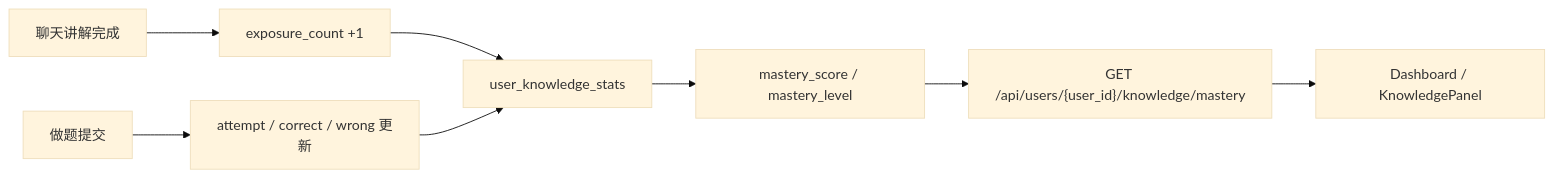
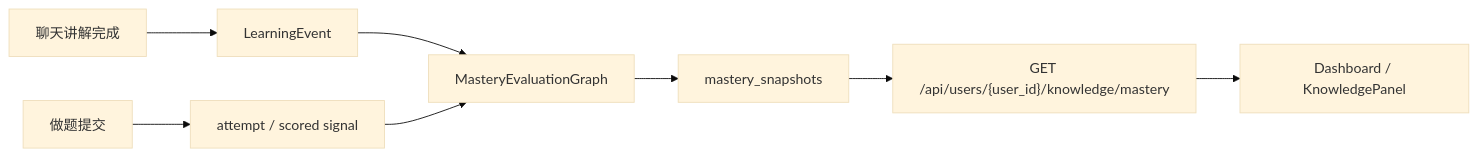
The fifth of 7 diagrams in docs/feature-flows.md (Xiaomuw/Learning-assistant), drawn with Mermaid (base theme) before and after one commit. The commit also changed other lines of this file and 94 other files, not shown here.

Commit message:
feat: sync graph practice auth and weapp updates

````diff
--- a/docs/feature-flows.md
+++ b/docs/feature-flows.md
@@ -111,10 +113,10 @@
 ```mermaid
 flowchart LR
-    A["聊天讲解完成"] --> B["exposure_count +1"]
-    C["做题提交"] --> D["attempt / correct / wrong 更新"]
-    B --> E["user_knowledge_stats"]
+    A["聊天讲解完成"] --> B["LearningEvent"]
+    C["做题提交"] --> D["attempt / scored signal"]
+    B --> E["MasteryEvaluationGraph"]
     D --> E
-    E --> F["mastery_score / mastery_level"]
+    E --> F["mastery_snapshots"]
     F --> G["GET /api/users/{user_id}/knowledge/mastery"]
     G --> H["Dashboard / KnowledgePanel"]
 ```
````
